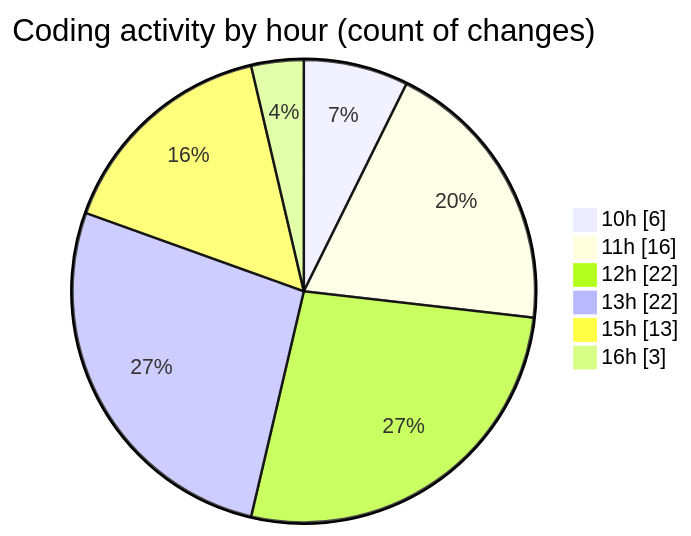
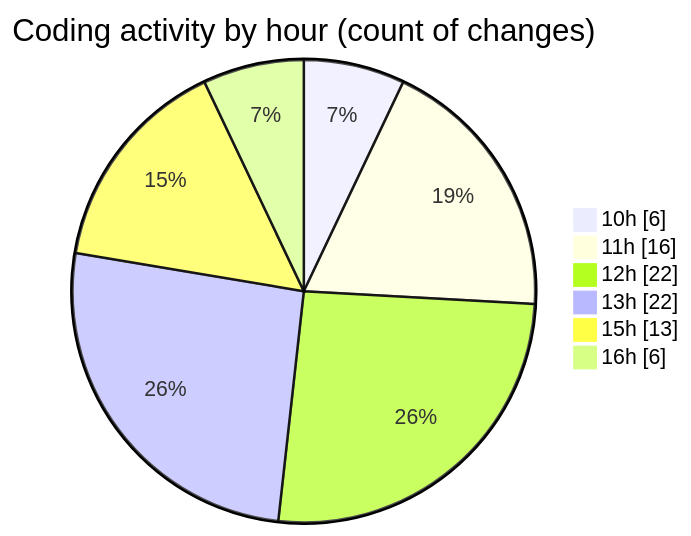
The second of 2 diagrams in 2025-09-08/cda/README.md (momahboobian/code-tracking), drawn with Mermaid before and after one commit. The commit also changed other lines of this file and 1 other file, not shown here.

````diff
--- a/2025-09-08/cda/README.md
+++ b/2025-09-08/cda/README.md
@@ -36,10 +37,10 @@
 ```mermaid
 pie showData
 title Coding activity by hour (count of changes)
 "10h" : 6
 "11h" : 16
 "12h" : 22
 "13h" : 22
 "15h" : 13
-"16h" : 3
+"16h" : 6
 ```
````
